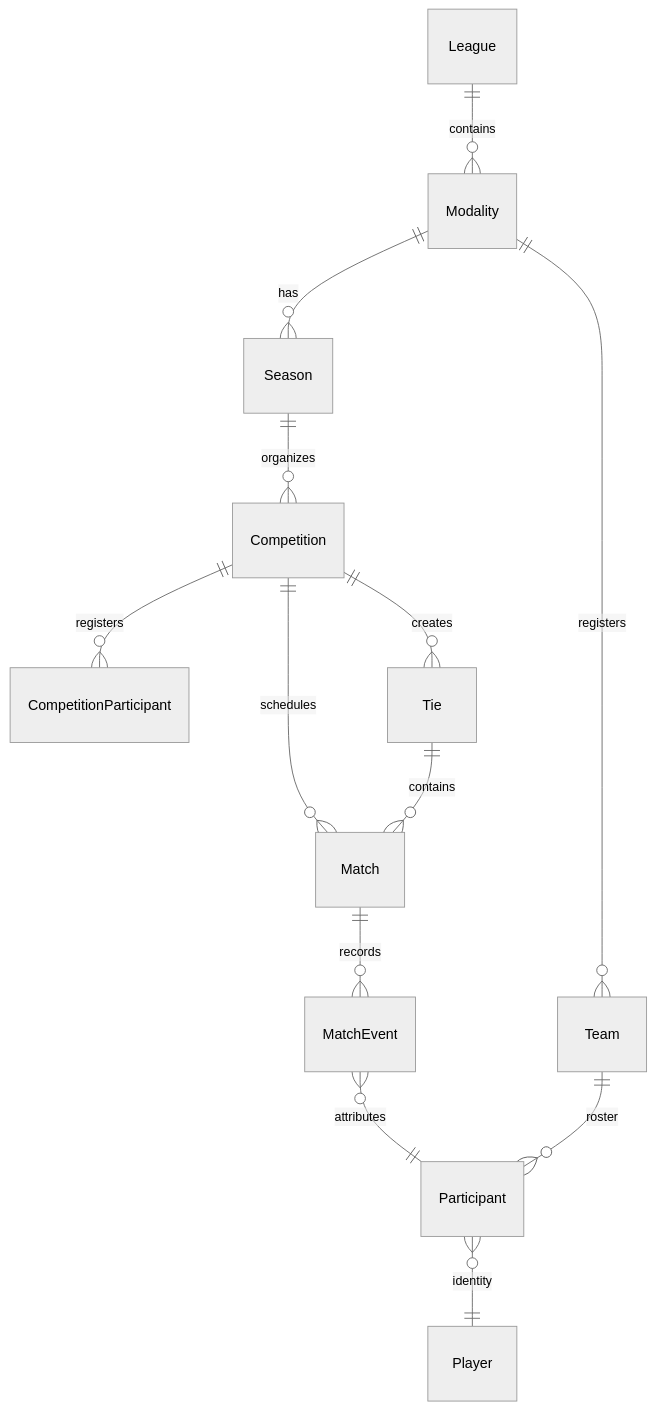
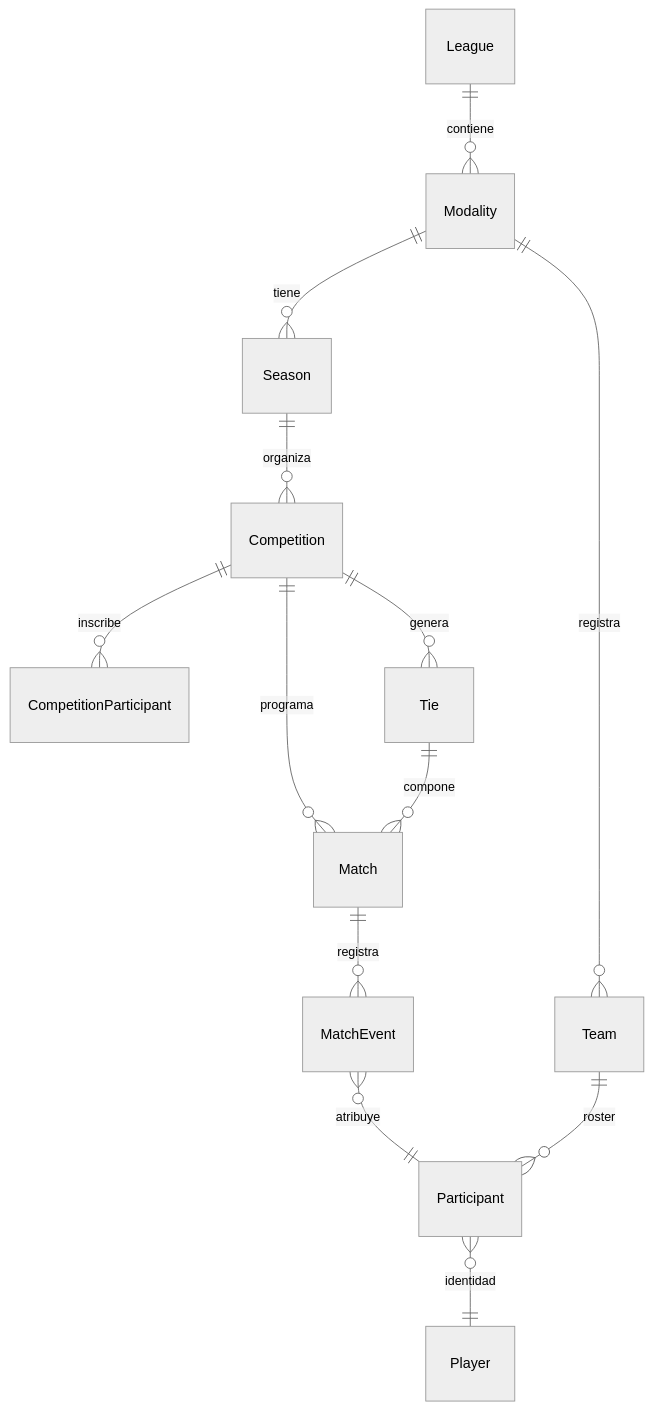
The second of 2 diagrams in README.md (Kevris/AGON), drawn with Mermaid (neutral theme) before and after one commit. The commit also changed other lines of this file and 2 other files, not shown here.

````diff
--- a/README.md
+++ b/README.md
@@ -373,17 +394,17 @@
 ```mermaid
 erDiagram
-    League ||--o{ Modality : contains
-    Modality ||--o{ Season : has
-    Season ||--o{ Competition : organizes
-    Competition ||--o{ CompetitionParticipant : registers
-    Competition ||--o{ Match : schedules
-    Competition ||--o{ Tie : creates
+    League ||--o{ Modality : contiene
+    Modality ||--o{ Season : tiene
+    Season ||--o{ Competition : organiza
+    Competition ||--o{ CompetitionParticipant : inscribe
+    Competition ||--o{ Match : programa
+    Competition ||--o{ Tie : genera
 
-    Modality ||--o{ Team : registers
+    Modality ||--o{ Team : registra
     Team ||--o{ Participant : roster
-    Participant }o--|| Player : identity
+    Participant }o--|| Player : identidad
 
-    Tie ||--o{ Match : contains
-    Match ||--o{ MatchEvent : records
-    MatchEvent }o--|| Participant : attributes
+    Tie ||--o{ Match : compone
+    Match ||--o{ MatchEvent : registra
+    MatchEvent }o--|| Participant : atribuye
 ```
````
